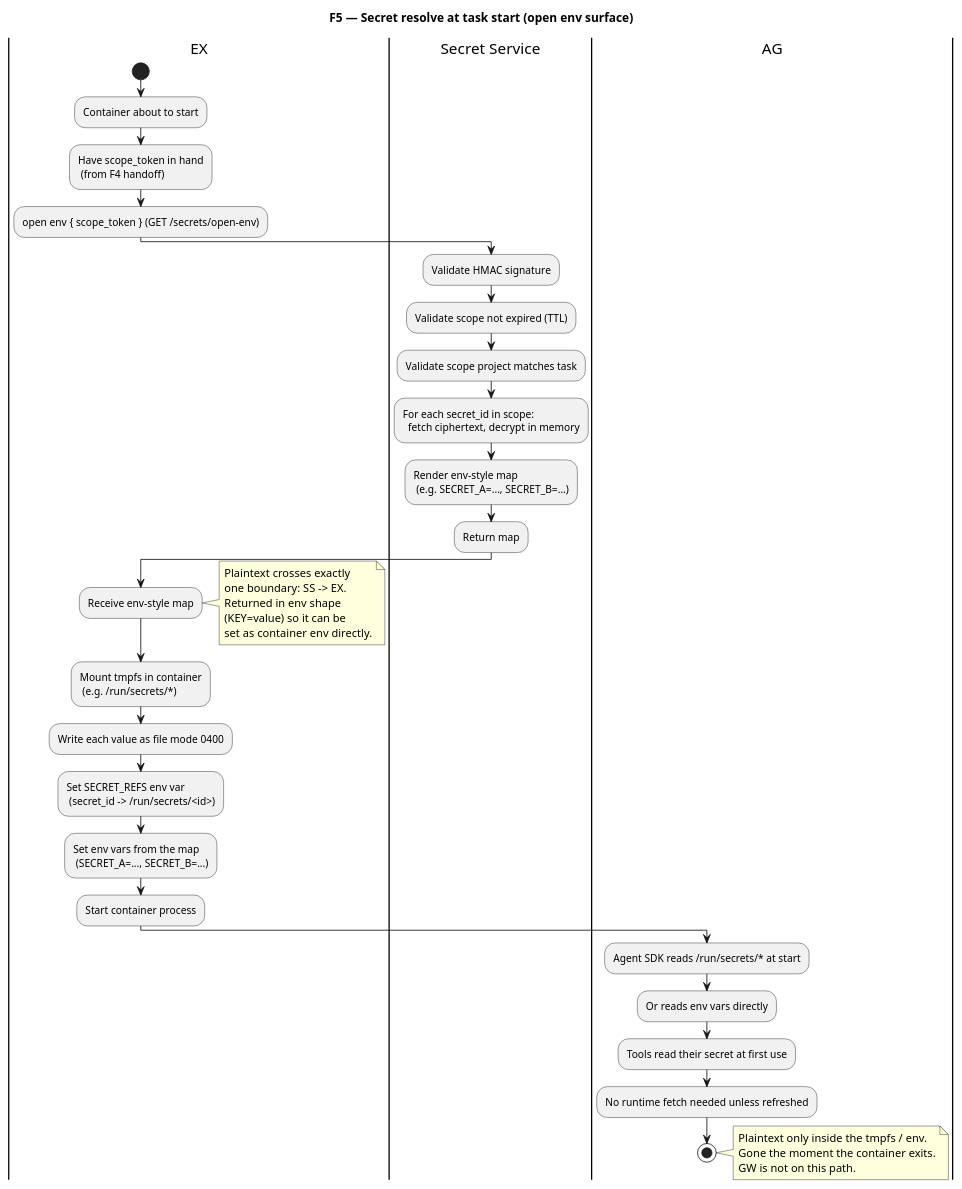
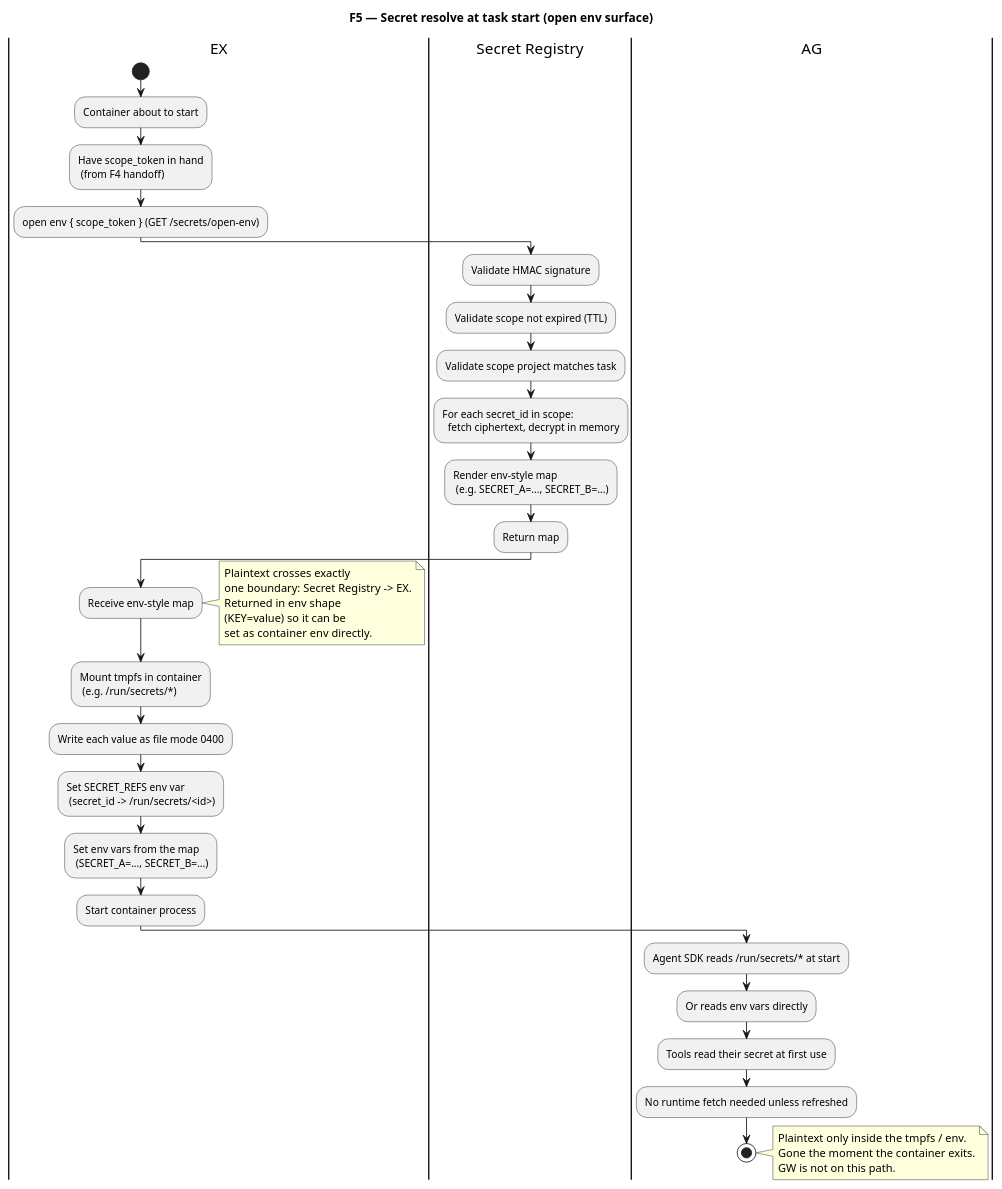
The diagram in docs/architecture/diagrams/f5-secret-resolve.puml (pandops/flowai), drawn with PlantUML before and after one commit. The commit also changed 5 other files, not shown here.

First line of the commit message:
docs(architecture): update setup flow diagrams

```diff
--- a/docs/architecture/diagrams/f5-secret-resolve.puml
+++ b/docs/architecture/diagrams/f5-secret-resolve.puml
@@ -1,55 +1,55 @@
 @startuml f5-secret-resolve
 title F5 — Secret resolve at task start (open env surface)
 
 |EX|
 start
 :Container about to start;
 :Have scope_token in hand
  (from F4 handoff);
 
 |EX|
 :open env { scope_token } (GET /secrets/open-env);
 
-|Secret Service|
+|Secret Registry|
 :Validate HMAC signature;
 :Validate scope not expired (TTL);
 :Validate scope project matches task;
 :For each secret_id in scope:
   fetch ciphertext, decrypt in memory;
 :Render env-style map
  (e.g. SECRET_A=..., SECRET_B=...);
 :Return map;
 
 |EX|
 :Receive env-style map;
 note right
   Plaintext crosses exactly
-  one boundary: SS -> EX.
+  one boundary: Secret Registry -> EX.
   Returned in env shape
   (KEY=value) so it can be
   set as container env directly.
 end note
 :Mount tmpfs in container
  (e.g. /run/secrets/*);
 :Write each value as file mode 0400;
 :Set SECRET_REFS env var
  (secret_id -> /run/secrets/<id>);
 :Set env vars from the map
  (SECRET_A=..., SECRET_B=...);
 :Start container process;
 
 |AG|
 :Agent SDK reads /run/secrets/* at start;
 :Or reads env vars directly;
 :Tools read their secret at first use;
 :No runtime fetch needed unless refreshed;
 
 stop
 
 note right
   Plaintext only inside the tmpfs / env.
   Gone the moment the container exits.
   GW is not on this path.
 end note
 
 @enduml
```
